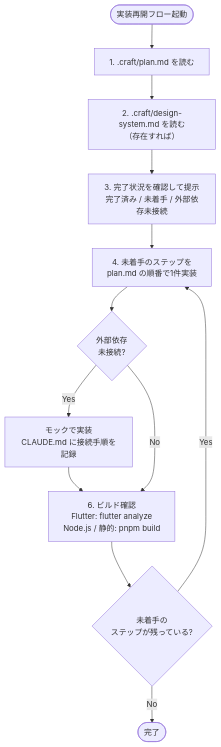
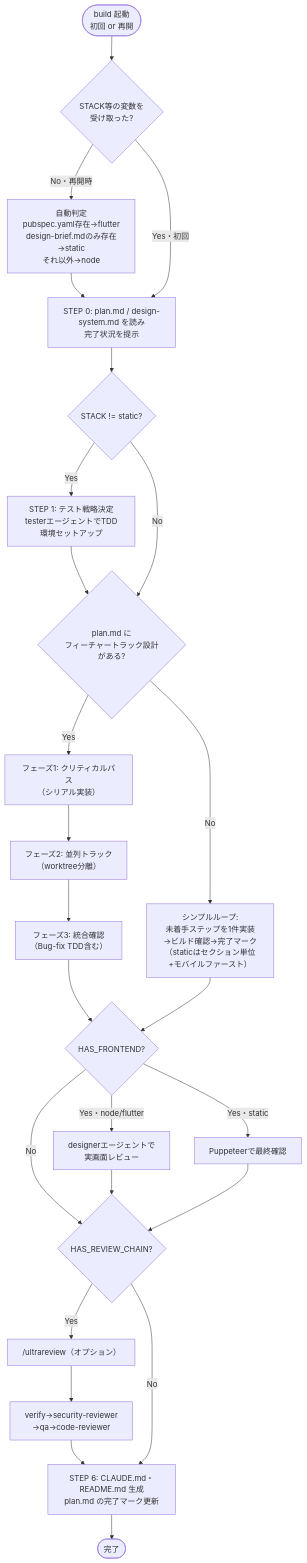
Before and after one commit to agaemo/dotfiles: the second of 9 diagrams in claude/skills/craft/README.md, drawn with Mermaid. The commit also changed other lines of this file and 7 other files, not shown here.

````diff
--- a/claude/skills/craft/README.md
+++ b/claude/skills/craft/README.md
@@ -46,14 +48,37 @@
 ```mermaid
 flowchart TD
-    START([実装再開フロー起動]) --> R1["1. .craft/plan.md を読む"]
-    R1 --> R2["2. .craft/design-system.md を読む\n（存在すれば）"]
-    R2 --> R3["3. 完了状況を確認して提示\n完了済み / 未着手 / 外部依存未接続"]
-    R3 --> R4["4. 未着手のステップを\nplan.md の順番で1件実装"]
-    R4 --> R5{外部依存\n未接続?}
-    R5 -->|Yes| R5A["モックで実装\nCLAUDE.md に接続手順を記録"]
-    R5A --> R6
-    R5 -->|No| R6["6. ビルド確認\nFlutter: flutter analyze\nNode.js / 静的: pnpm build"]
-    R6 --> R7{未着手の\nステップが残っている?}
-    R7 -->|Yes| R4
-    R7 -->|No| END([完了])
+    START([build 起動\n初回 or 再開]) --> DETECT{STACK等の変数を\n受け取った?}
+    DETECT -->|No・再開時| AUTO["自動判定\npubspec.yaml存在→flutter\ndesign-brief.mdのみ存在→static\nそれ以外→node"]
+    AUTO --> S0
+    DETECT -->|Yes・初回| S0
+
+    S0["STEP 0: plan.md / design-system.md を読み\n完了状況を提示"]
+    S0 --> S1{STACK != static?}
+    S1 -->|Yes| S1A["STEP 1: テスト戦略決定\ntesterエージェントでTDD環境セットアップ"]
+    S1A --> S2
+    S1 -->|No| S2
+
+    S2{plan.md に\nフィーチャートラック設計がある?}
+    S2 -->|Yes| PH1["フェーズ1: クリティカルパス\n（シリアル実装）"]
+    PH1 --> PH2["フェーズ2: 並列トラック\n（worktree分離）"]
+    PH2 --> PH3["フェーズ3: 統合確認\n（Bug-fix TDD含む）"]
+    PH3 --> S3
+    S2 -->|No| LOOP["シンプルループ:\n未着手ステップを1件実装\n→ビルド確認→完了マーク\n（staticはセクション単位+モバイルファースト）"]
+    LOOP --> S3
+
+    S3{HAS_FRONTEND?}
+    S3 -->|Yes・static| S3B["Puppeteerで最終確認"]
+    S3 -->|Yes・node/flutter| S3A["designerエージェントで\n実画面レビュー"]
+    S3 -->|No| S4
+    S3A --> S4
+    S3B --> S4
+
+    S4{HAS_REVIEW_CHAIN?}
+    S4 -->|Yes| S4A["/ultrareview（オプション）"]
+    S4A --> S5["verify→security-reviewer\n→qa→code-reviewer"]
+    S5 --> S6
+    S4 -->|No| S6
+
+    S6["STEP 6: CLAUDE.md・README.md 生成\nplan.md の完了マーク更新"]
+    S6 --> END([完了])
 ```
````
